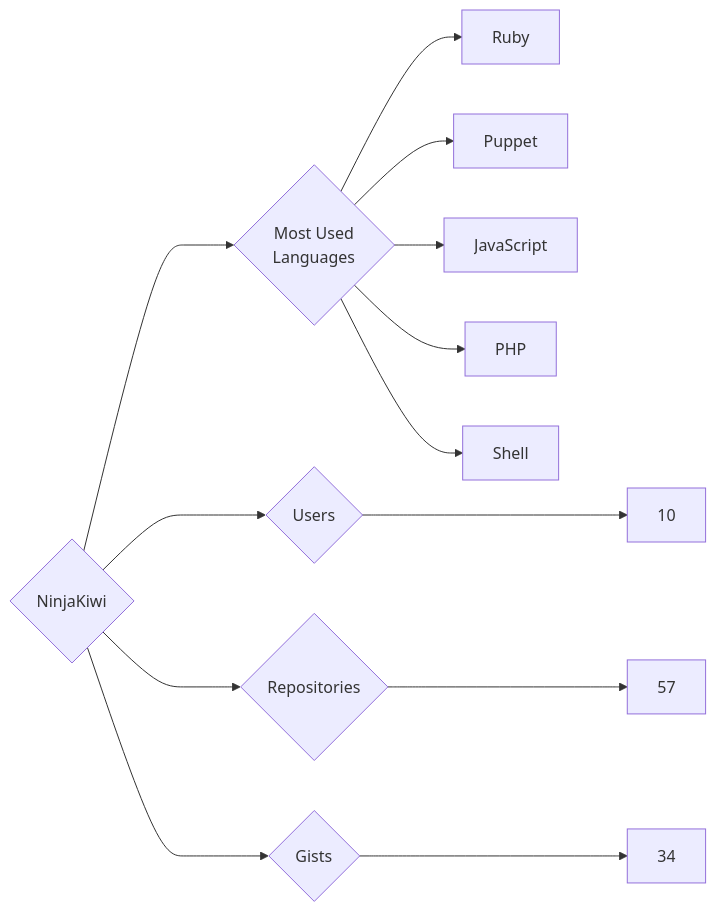
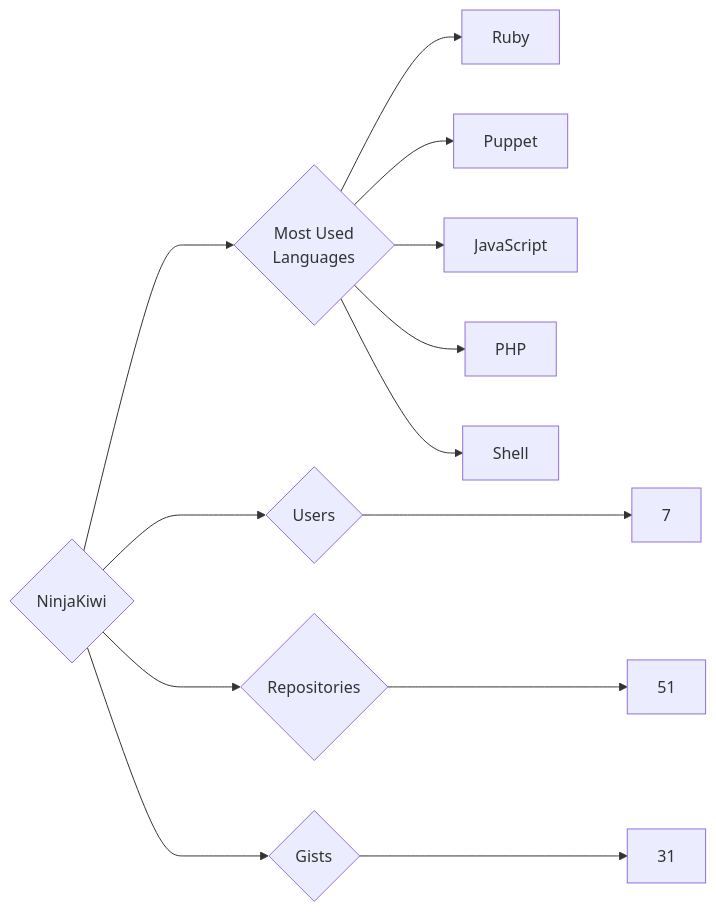
The diagram in targets/NinjaKiwi/README.md (trickest/insiders), drawn with Mermaid before and after one commit. The commit also changed 1484 other files, not shown here.

````diff
--- a/targets/NinjaKiwi/README.md
+++ b/targets/NinjaKiwi/README.md
@@ -3,13 +3,13 @@
 ```mermaid
 graph LR
 COMPANY_NAME{NinjaKiwi}
-COMPANY_NAME ---> U{Users} ---> UN[10]
-COMPANY_NAME ---> R{Repositories} ---> RN[57]
-COMPANY_NAME ---> G{Gists} ---> GN[34]
+COMPANY_NAME ---> U{Users} ---> UN[7]
+COMPANY_NAME ---> R{Repositories} ---> RN[51]
+COMPANY_NAME ---> G{Gists} ---> GN[31]
 COMPANY_NAME ---> ML{Most Used<br>Languages}
 ML --> Ruby[Ruby]
 ML --> Puppet[Puppet]
 ML --> JavaScript[JavaScript]
 ML --> PHP[PHP]
 ML --> Shell[Shell]
 ```
````
